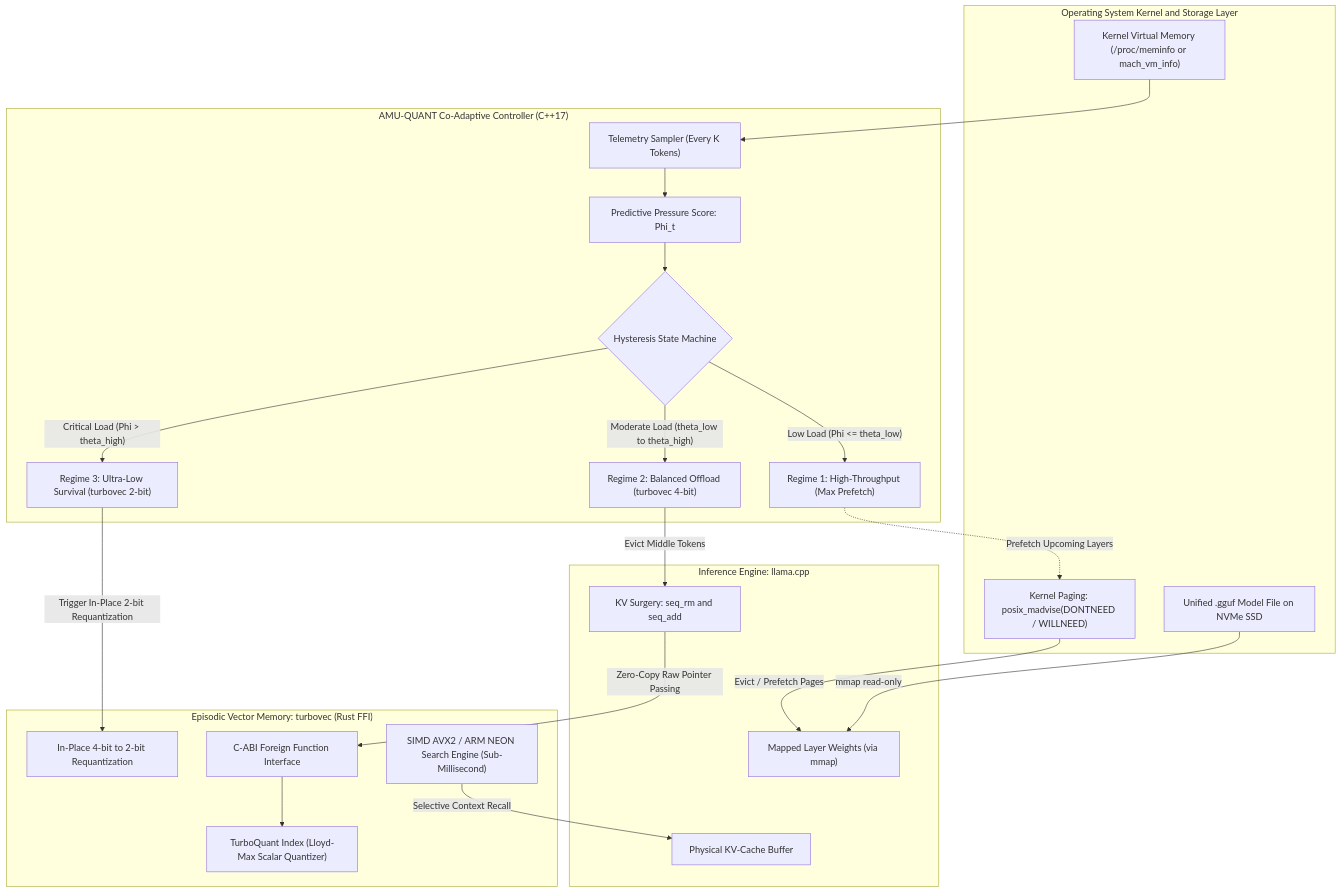
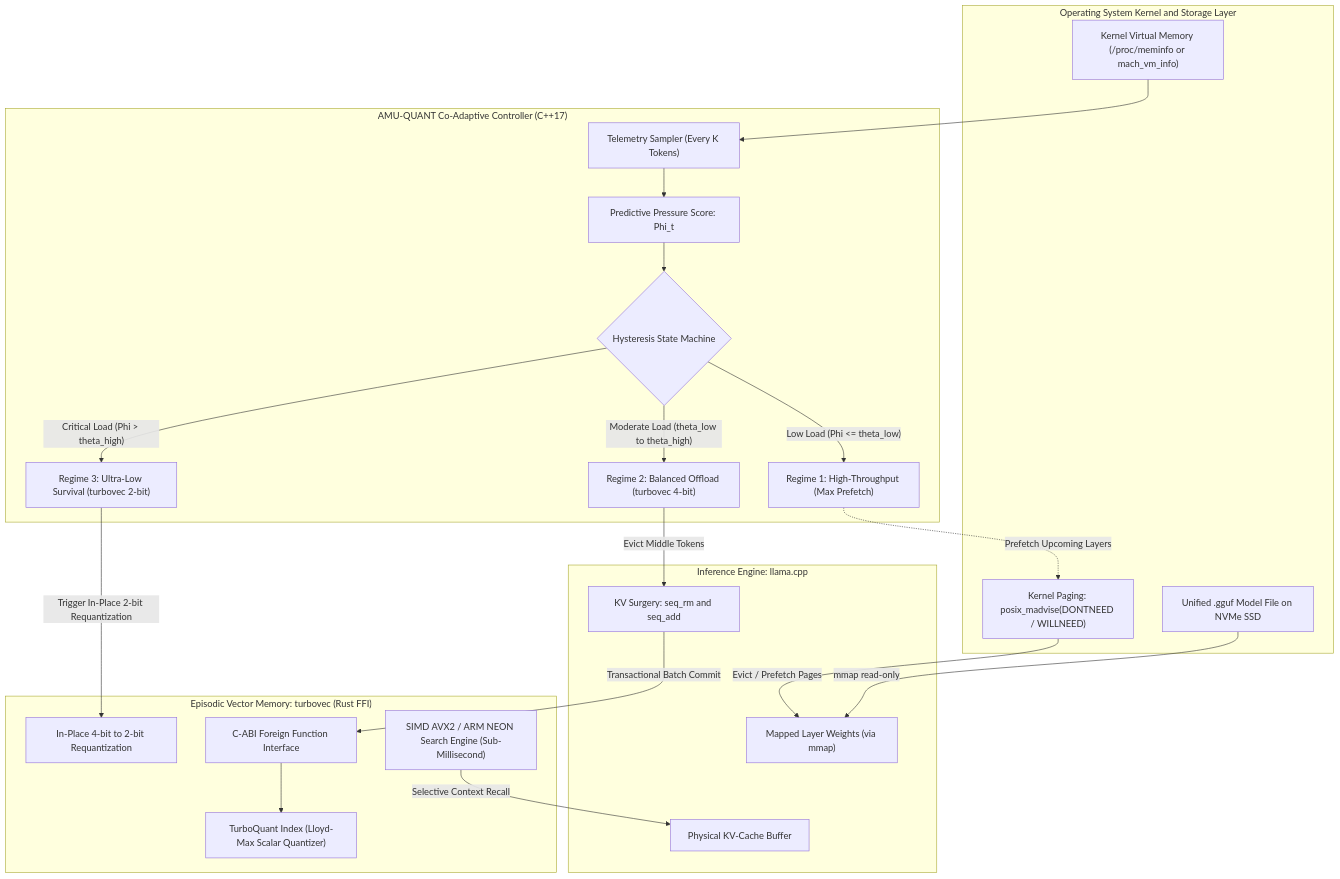
The diagram in README.md (ridwanmubarok/amuquant), drawn with Mermaid before and after one commit. The commit also changed other lines of this file and 5 other files, not shown here.

````diff
--- a/README.md
+++ b/README.md
@@ -117,47 +117,47 @@
 ```mermaid
 flowchart TD
     subgraph OS_Layer["Operating System Kernel and Storage Layer"]
         OS_Mem["Kernel Virtual Memory (/proc/meminfo or mach_vm_info)"]
         Sys_Madvise["Kernel Paging: posix_madvise(DONTNEED / WILLNEED)"]
         GGUF_File["Unified .gguf Model File on NVMe SSD"]
     end
 
     subgraph AMUQuant_Controller["AMU-QUANT Co-Adaptive Controller (C++17)"]
         TelemetrySampler["Telemetry Sampler (Every K Tokens)"]
         PredictiveScore["Predictive Pressure Score: Phi_t"]
         RegimeMachine{"Hysteresis State Machine"}
         R1["Regime 1: High-Throughput (Max Prefetch)"]
         R2["Regime 2: Balanced Offload (turbovec 4-bit)"]
         R3["Regime 3: Ultra-Low Survival (turbovec 2-bit)"]
     end
 
     subgraph Llama_Engine["Inference Engine: llama.cpp"]
         WeightRegistry["Mapped Layer Weights (via mmap)"]
         KVCache["Physical KV-Cache Buffer"]
         KVSurgery["KV Surgery: seq_rm and seq_add"]
     end
 
     subgraph Turbovec_FFI["Episodic Vector Memory: turbovec (Rust FFI)"]
         FFI_Layer["C-ABI Foreign Function Interface"]
         TurboQuantIndex["TurboQuant Index (Lloyd-Max Scalar Quantizer)"]
         Requantizer["In-Place 4-bit to 2-bit Requantization"]
         SIMDSearch["SIMD AVX2 / ARM NEON Search Engine (Sub-Millisecond)"]
     end
 
     OS_Mem --> TelemetrySampler
     TelemetrySampler --> PredictiveScore
     PredictiveScore --> RegimeMachine
     RegimeMachine -->|"Low Load (Phi <= theta_low)"| R1
     RegimeMachine -->|"Moderate Load (theta_low to theta_high)"| R2
     RegimeMachine -->|"Critical Load (Phi > theta_high)"| R3
 
     R1 -.->|"Prefetch Upcoming Layers"| Sys_Madvise
     R2 -->|"Evict Middle Tokens"| KVSurgery
     R3 -->|"Trigger In-Place 2-bit Requantization"| Requantizer
 
     GGUF_File -->|"mmap read-only"| WeightRegistry
     Sys_Madvise -->|"Evict / Prefetch Pages"| WeightRegistry
-    KVSurgery -->|"Zero-Copy Raw Pointer Passing"| FFI_Layer
+    KVSurgery -->|"Transactional Batch Commit"| FFI_Layer
     FFI_Layer --> TurboQuantIndex
     SIMDSearch -->|"Selective Context Recall"| KVCache
 ```
````
